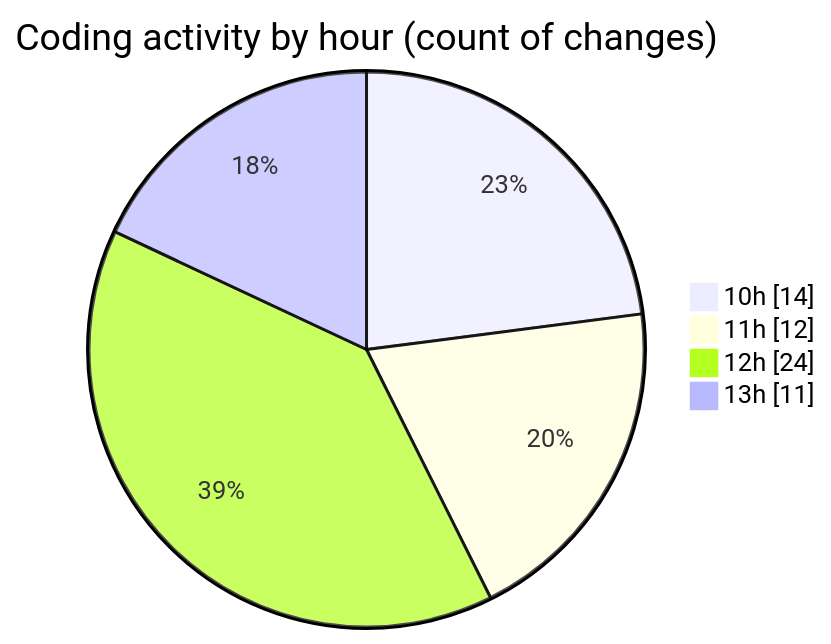
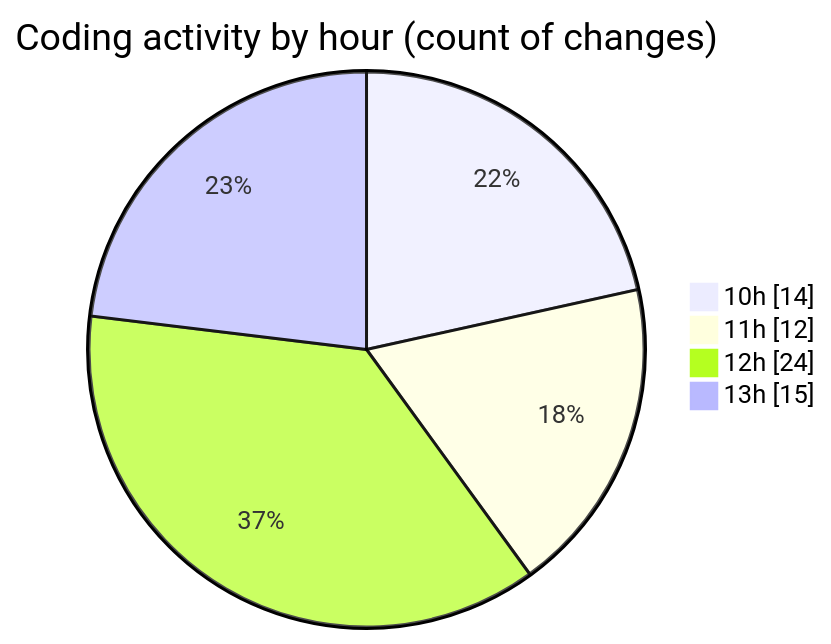
Before and after one commit to momahboobian/code-tracking: the second of 2 diagrams in 2025-09-29/cda/README.md, drawn with Mermaid. The commit also changed other lines of this file and 1 other file, not shown here.

````diff
--- a/2025-09-29/cda/README.md
+++ b/2025-09-29/cda/README.md
@@ -37,8 +37,8 @@
 ```mermaid
 pie showData
 title Coding activity by hour (count of changes)
 "10h" : 14
 "11h" : 12
 "12h" : 24
-"13h" : 11
+"13h" : 15
 ```
````
